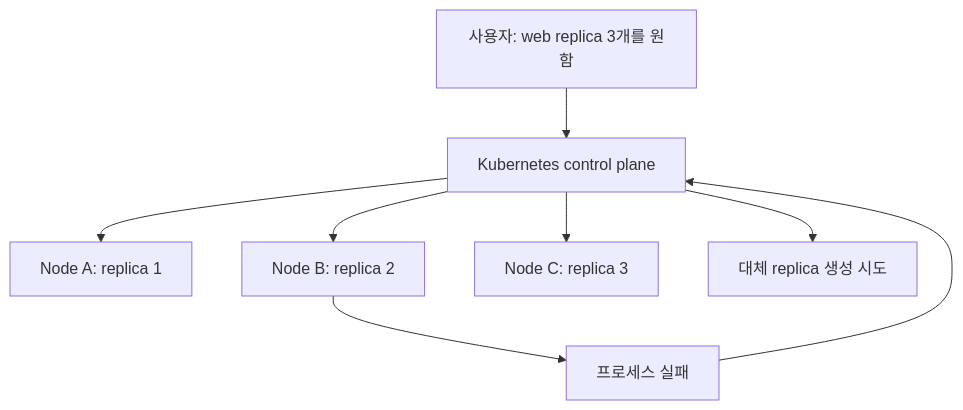
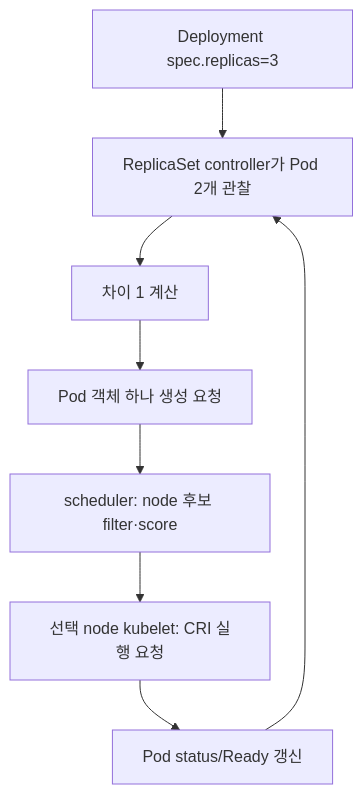
Before and after one commit to mj006648/netai-devsecops-runbook: the second of 2 diagrams in learning/kubernetes/00-why-kubernetes.md, drawn with Mermaid. The commit also changed other lines of this file and 165 other files, not shown here.

````diff
--- a/learning/kubernetes/00-why-kubernetes.md
+++ b/learning/kubernetes/00-why-kubernetes.md
@@ -47,10 +66,10 @@
 ```mermaid
 flowchart TD
-    U["사용자: web replica 3개를 원함"] --> K["Kubernetes control plane"]
-    K --> N1["Node A: replica 1"]
-    K --> N2["Node B: replica 2"]
-    K --> N3["Node C: replica 3"]
-    N2 --> X["프로세스 실패"]
-    X --> K
-    K --> R["대체 replica 생성 시도"]
+    S["Deployment spec.replicas=3"] --> O["ReplicaSet controller가 Pod 2개 관찰"]
+    O --> D["차이 1 계산"]
+    D --> P["Pod 객체 하나 생성 요청"]
+    P --> Q["scheduler: node 후보 filter·score"]
+    Q --> K["선택 node kubelet: CRI 실행 요청"]
+    K --> R["Pod status/Ready 갱신"]
+    R --> O
 ```
````
